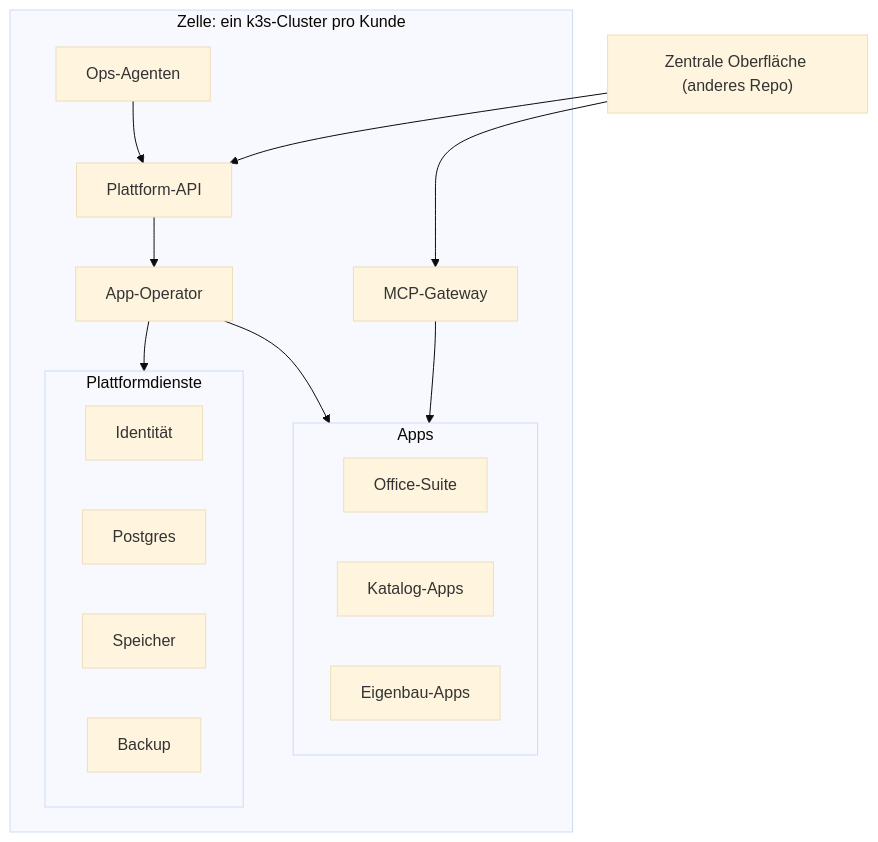
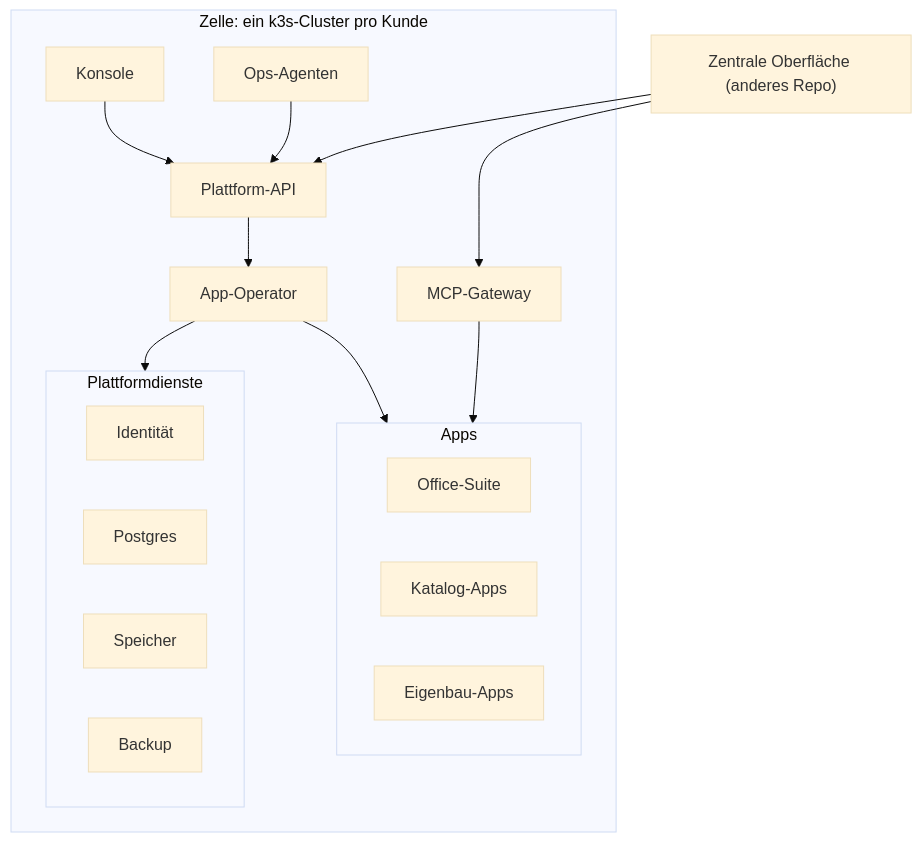
One commit to eigen-hq/cell-platform changed the diagram in docs/architektur.md. Above: the diagram before and after it, drawn with Mermaid (base theme). The commit also changed other lines of this file and 4 other files, not shown here.

````diff
--- a/docs/architektur.md
+++ b/docs/architektur.md
@@ -16,28 +16,30 @@
 ```mermaid
 flowchart TB
   UI["Zentrale Oberfläche (anderes Repo)"]
   subgraph Zelle["Zelle: ein k3s-Cluster pro Kunde"]
+    KO["Konsole"]
     API["Plattform-API"]
     GW["MCP-Gateway"]
     AG["Ops-Agenten"]
     OP["App-Operator"]
     subgraph Dienste["Plattformdienste"]
       ID["Identität"]
       DB["Postgres"]
       ST["Speicher"]
       BK["Backup"]
     end
     subgraph Apps["Apps"]
       A1["Office-Suite"]
       A2["Katalog-Apps"]
       A3["Eigenbau-Apps"]
     end
   end
   UI --> API
   UI --> GW
+  KO --> API
   AG --> API
   API --> OP
   OP --> Dienste
   OP --> Apps
   GW --> Apps
 ```
````
